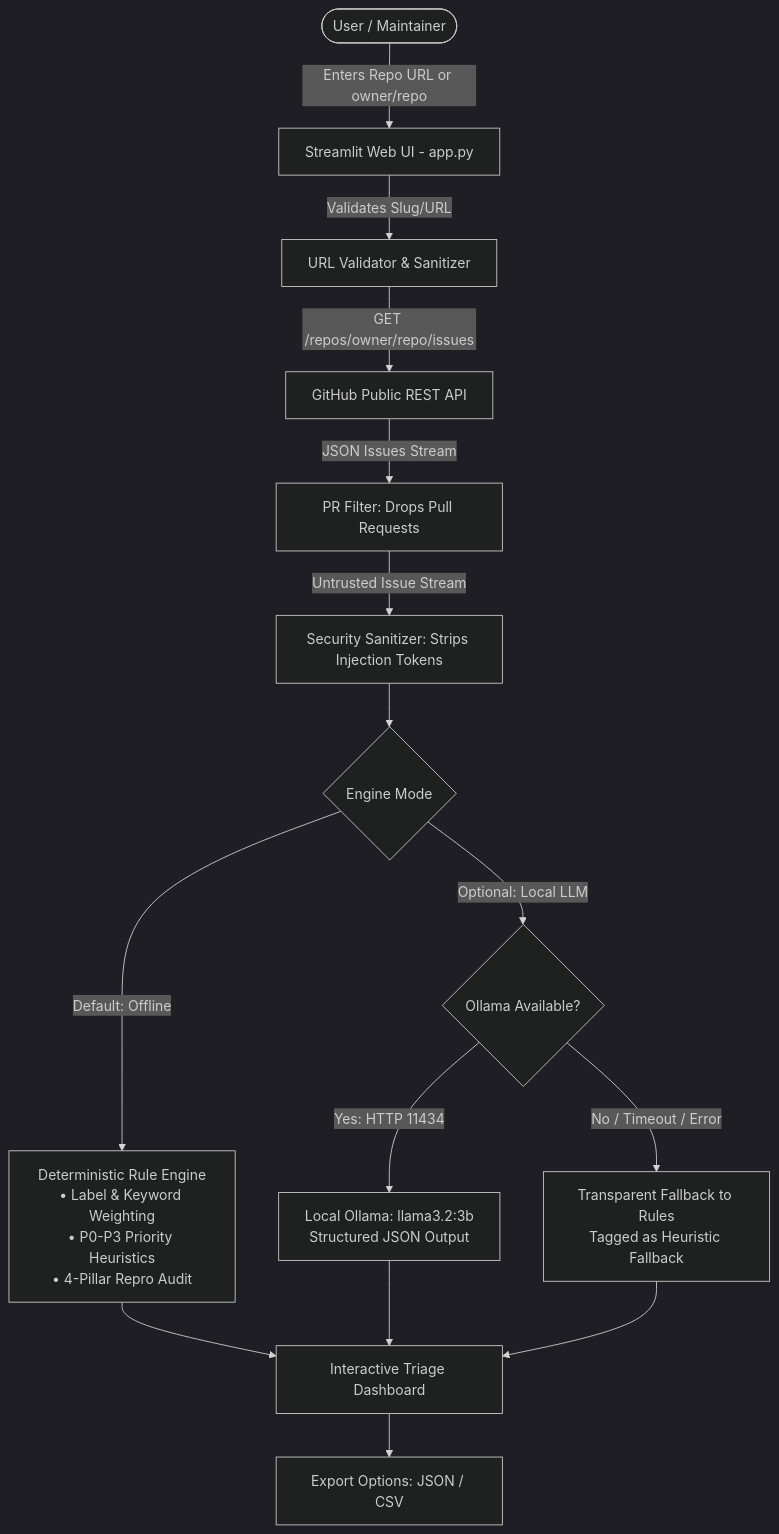
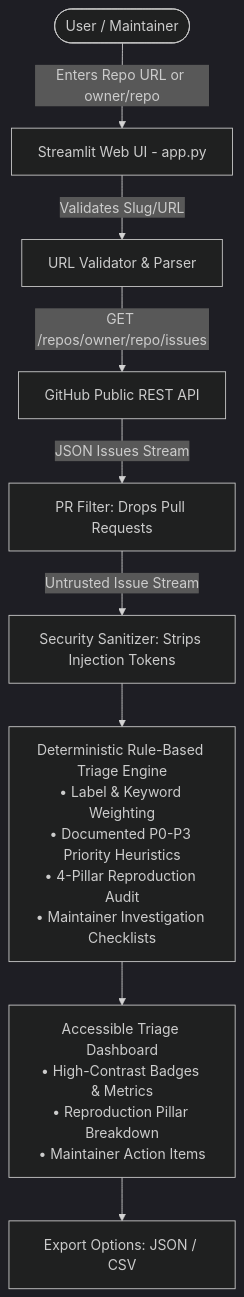
The diagram in README.md (rudraism19/RepoRelief-AI), drawn with Mermaid (dark theme) before and after one commit. The commit also changed other lines of this file and 8 other files, not shown here.

````diff
--- a/README.md
+++ b/README.md
@@ -31,22 +30,14 @@
 ```mermaid
 flowchart TD
     User([User / Maintainer]) -->|Enters Repo URL or owner/repo| UI[Streamlit Web UI - app.py]
-    UI -->|Validates Slug/URL| Validator[URL Validator & Sanitizer]
+    UI -->|Validates Slug/URL| Validator[URL Validator & Parser]
     Validator -->|GET /repos/owner/repo/issues| GH[GitHub Public REST API]
     GH -->|JSON Issues Stream| Filter[PR Filter: Drops Pull Requests]
     Filter -->|Untrusted Issue Stream| Sanitizer[Security Sanitizer: Strips Injection Tokens]
     
-    Sanitizer --> EngineRouter{Engine Mode}
+    Sanitizer --> Engine[Deterministic Rule-Based Triage Engine<br/>• Label & Keyword Weighting<br/>• Documented P0-P3 Priority Heuristics<br/>• 4-Pillar Reproduction Audit<br/>• Maintainer Investigation Checklists]
     
-    EngineRouter -->|Default: Offline| Heuristics[Deterministic Rule Engine<br/>• Label & Keyword Weighting<br/>• P0-P3 Priority Heuristics<br/>• 4-Pillar Repro Audit]
-    
-    EngineRouter -->|Optional: Local LLM| OllamaCheck{Ollama Available?}
-    OllamaCheck -->|Yes: HTTP 11434| Ollama[Local Ollama: llama3.2:3b<br/>Structured JSON Output]
-    OllamaCheck -->|No / Timeout / Error| Fallback[Transparent Fallback to Rules<br/>Tagged as Heuristic Fallback]
-    
-    Heuristics --> Dashboard[Interactive Triage Dashboard]
-    Ollama --> Dashboard
-    Fallback --> Dashboard
+    Engine --> Dashboard[Accessible Triage Dashboard<br/>• High-Contrast Badges & Metrics<br/>• Reproduction Pillar Breakdown<br/>• Maintainer Action Items]
     
     Dashboard --> Export[Export Options: JSON / CSV]
 ```
````
